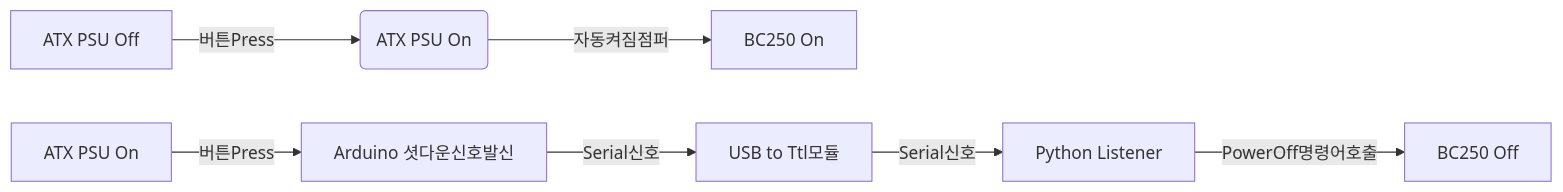
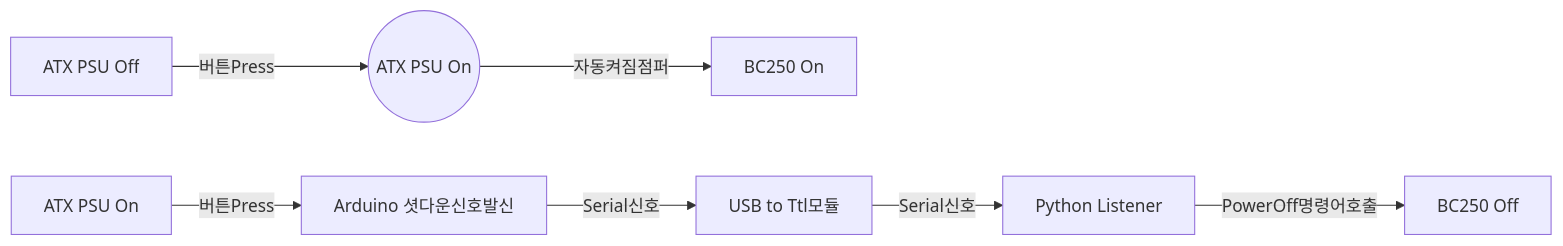
Before and after one commit to coolsolgit/BC250-ATX-PSU-Control: the first of 2 diagrams in README.md, drawn with Mermaid.

Commit message:
Update flowchart in README.md for clarity

````diff
--- a/README.md
+++ b/README.md
@@ -23,10 +23,10 @@
 ```mermaid
 flowchart LR
-A[ATX PSU Off] -->|버튼Press| B(ATX PSU On)
-  B -->|자동켜짐점퍼| C[BC250 On]
+A1[ATX PSU Off] -->|버튼Press| B1((ATX PSU On))
+  B1 -->|자동켜짐점퍼| C1[BC250 On]
 D[ATX PSU On] -->|버튼Press| E[Arduino 셧다운신호발신]
   E -->|Serial신호| F[USB to Ttl모듈]
   F -->|Serial신호| G[Python Listener]
   G -->|PowerOff명령어호출| H[BC250 Off]
 
 ```
````
